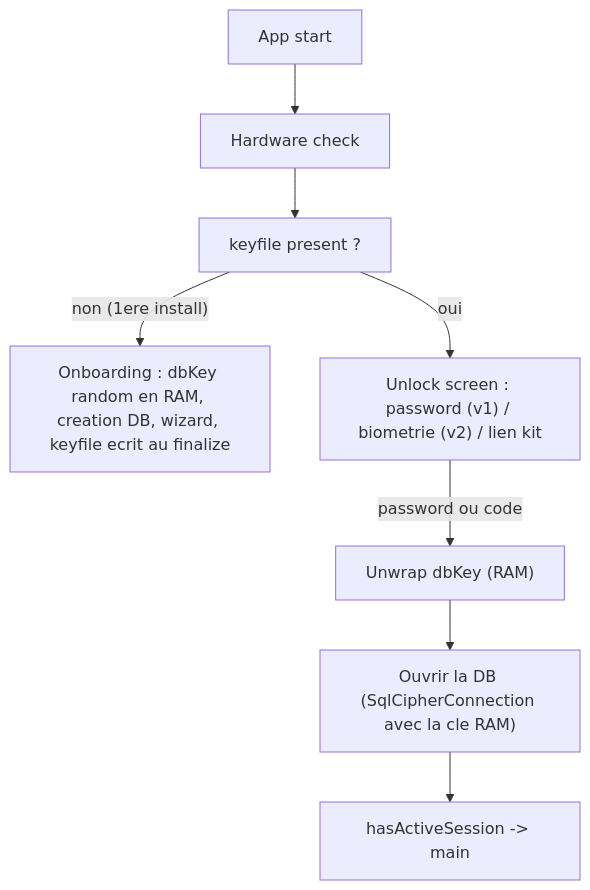
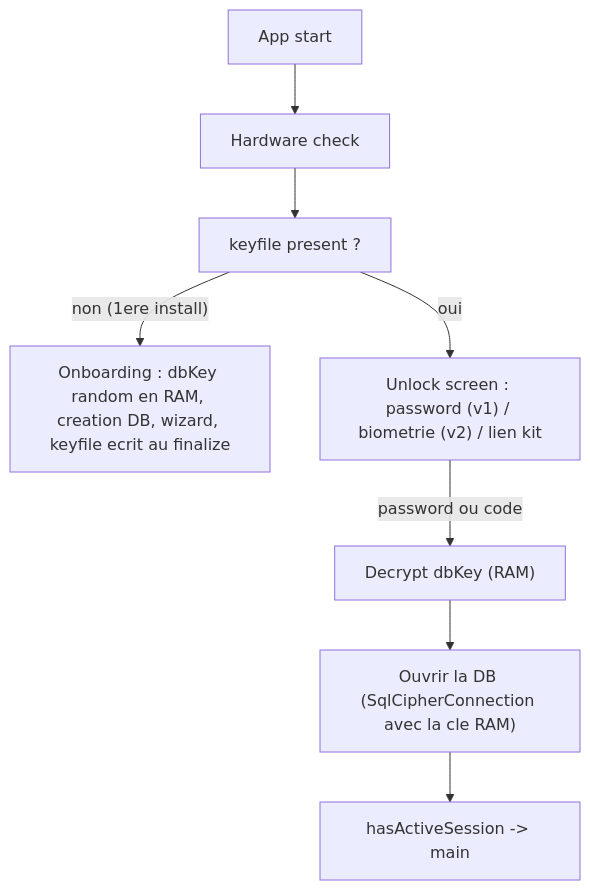
Before and after one commit to Diwatt/tiro-scribe: the diagram in docs/AUTH_GATED_BOOT.md, drawn with Mermaid. The commit also changed other lines of this file and 92 other files, not shown here.

````diff
--- a/docs/AUTH_GATED_BOOT.md
+++ b/docs/AUTH_GATED_BOOT.md
@@ -30,10 +30,10 @@
 ```mermaid
 flowchart TD
     A["App start"] --> B["Hardware check"]
     B --> C["keyfile present ?"]
     C -- "non (1ere install)" --> D["Onboarding : dbKey random en RAM, creation DB, wizard, keyfile ecrit au finalize"]
     C -- "oui" --> E["Unlock screen : password (v1) / biometrie (v2) / lien kit"]
-    E -- "password ou code" --> F["Unwrap dbKey (RAM)"]
+    E -- "password ou code" --> F["Decrypt dbKey (RAM)"]
     F --> G["Ouvrir la DB (SqlCipherConnection avec la cle RAM)"]
     G --> H["hasActiveSession -> main"]
 ```
````
